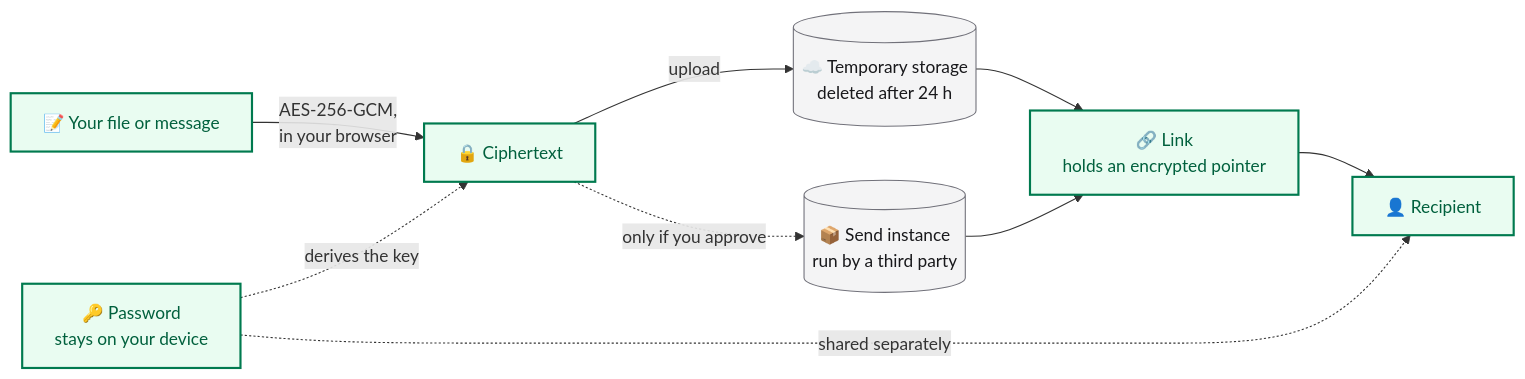
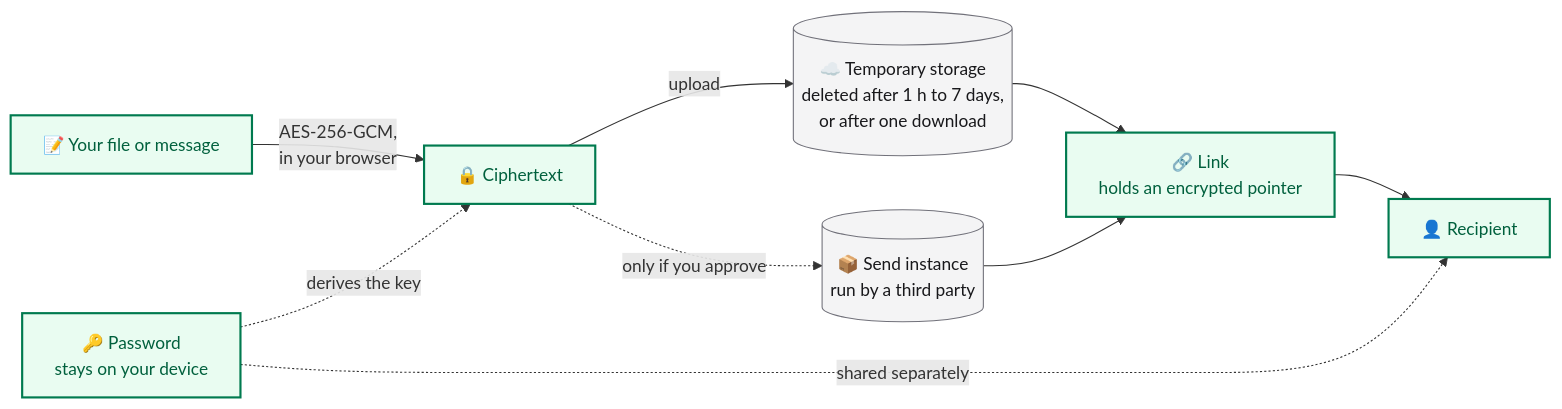
One commit to danielsebesta/encrypt changed the first of 2 diagrams in README.md. Above: the diagram before and after it, drawn with Mermaid. The commit also changed other lines of this file and 30 other files, not shown here.

First line of the commit message:
feat(share): upload expiry choice and one-time download

````diff
--- a/README.md
+++ b/README.md
@@ -104,16 +104,16 @@
 ```mermaid
 flowchart LR
   A["📝 Your file or message"] -- "AES-256-GCM,<br/>in your browser" --> B["🔒 Ciphertext"]
   P["🔑 Password<br/>stays on your device"] -. "derives the key" .-> B
-  B -- "upload" --> C[("☁️ Temporary storage<br/>deleted after 24 h")]
+  B -- "upload" --> C[("☁️ Temporary storage<br/>deleted after 1 h to 7 days,<br/>or after one download")]
   B -. "only if you approve" .-> S[("📦 Send instance<br/>run by a third party")]
   C --> L["🔗 Link<br/>holds an encrypted pointer"]
   S --> L
   L --> R["👤 Recipient"]
   P -. "shared separately" .-> R
 
   classDef brand fill:#e9fcf1,stroke:#007a4f,color:#00603d,stroke-width:2px;
   classDef neutral fill:#f4f4f5,stroke:#71717a,color:#18181b;
   class A,B,L,R,P brand;
   class C,S neutral;
 ```
````
